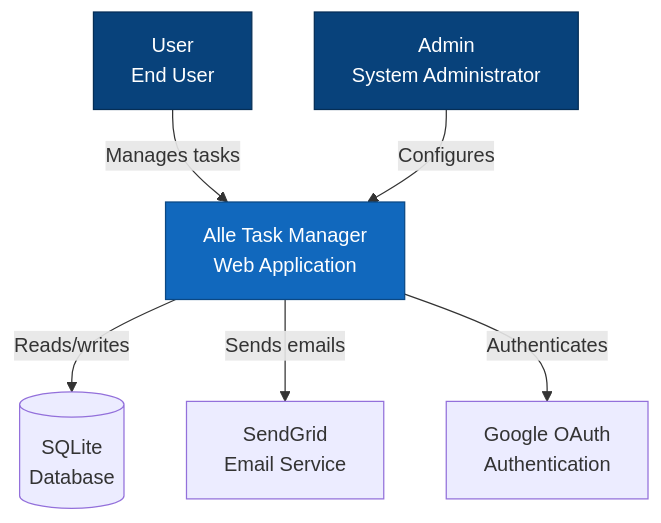
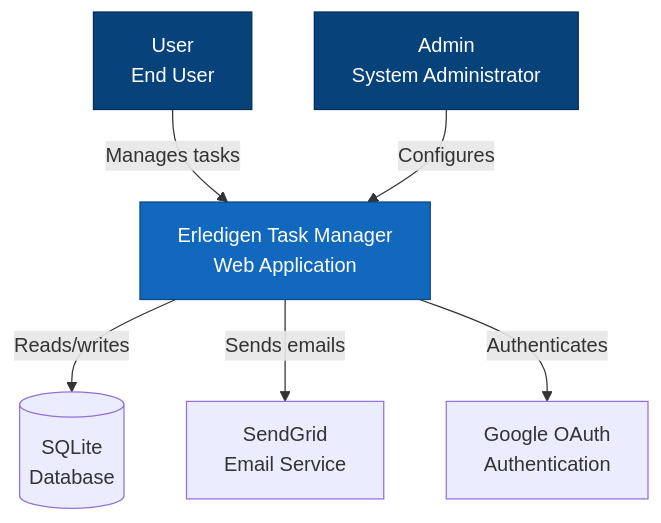
Before and after one commit to funkybooboo/erledigen: the first of 9 diagrams in docs/devs/standards/diagramming-standards.md, drawn with Mermaid. The commit also changed other lines of this file and 123 other files, not shown here.

First line of the commit message:
chore: rename alle to erledigen, bump deps, refresh docs

````diff
--- a/docs/devs/standards/diagramming-standards.md
+++ b/docs/devs/standards/diagramming-standards.md
@@ -64,22 +64,22 @@
 ```mermaid
 graph TB
     User[User<br/>End User]
     Admin[Admin<br/>System Administrator]
 
-    System[Alle Task Manager<br/>Web Application]
+    System[Erledigen Task Manager<br/>Web Application]
 
     DB[(SQLite<br/>Database)]
     Email[SendGrid<br/>Email Service]
     Auth[Google OAuth<br/>Authentication]
 
     User -->|Manages tasks| System
     Admin -->|Configures| System
 
     System -->|Reads/writes| DB
     System -->|Sends emails| Email
     System -->|Authenticates| Auth
 
     style System fill:#1168bd,stroke:#0b4884,color:#ffffff
     style User fill:#08427b,stroke:#052e56,color:#ffffff
     style Admin fill:#08427b,stroke:#052e56,color:#ffffff
 ```
````
